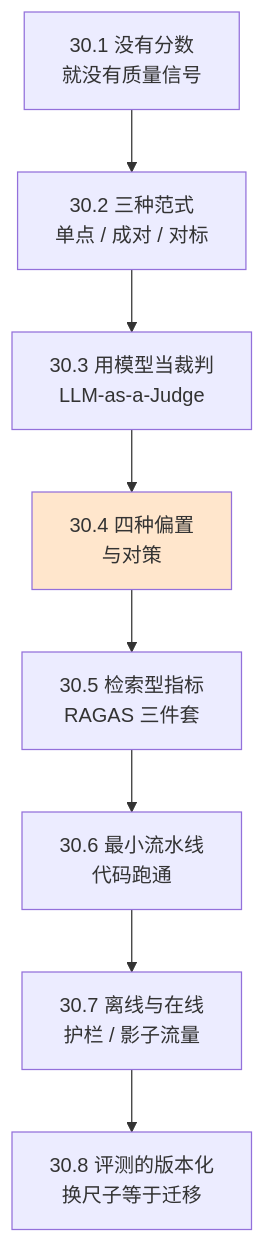
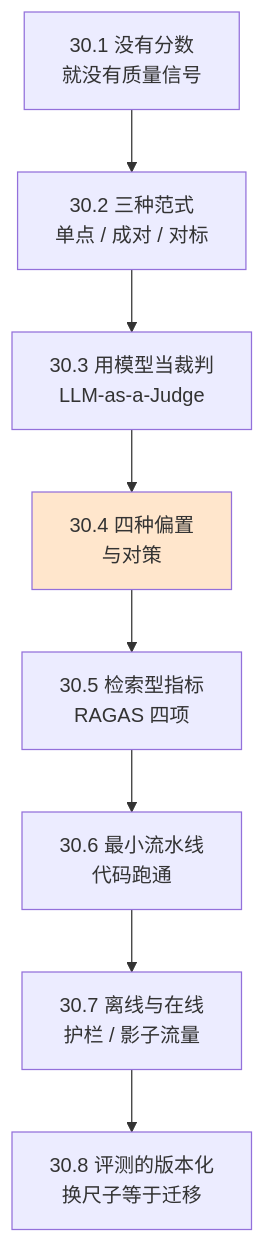
Before and after one commit to Laughingtt/agentkit: the first of 2 diagrams in part-6-工业落地/ch30-evaluation.md, drawn with Mermaid. The commit also changed other lines of this file, not shown here.

First line of the commit message:
Ch30: 图上涂的是浅橙不是深色；标题说"三个分数"表里列了四个；一致性数字挂错了指标名

````diff
--- a/part-6-工业落地/ch30-evaluation.md
+++ b/part-6-工业落地/ch30-evaluation.md
@@ -18,11 +18,11 @@
 ```mermaid
 graph TD
     A["30.1 没有分数<br/>就没有质量信号"] --> B["30.2 三种范式<br/>单点 / 成对 / 对标"]
     B --> C["30.3 用模型当裁判<br/>LLM-as-a-Judge"]
     C --> D["30.4 四种偏置<br/>与对策"]
-    D --> E["30.5 检索型指标<br/>RAGAS 三件套"]
+    D --> E["30.5 检索型指标<br/>RAGAS 四项"]
     E --> F["30.6 最小流水线<br/>代码跑通"]
     F --> G["30.7 离线与在线<br/>护栏 / 影子流量"]
     G --> H["30.8 评测的版本化<br/>换尺子等于迁移"]
     style D fill:#ffe6cc
 ```
````
